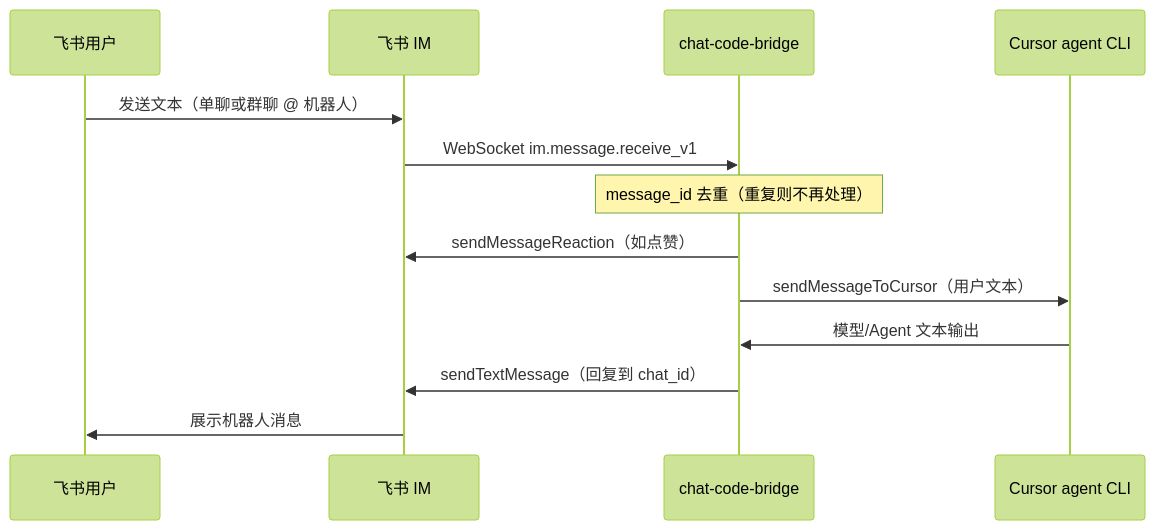
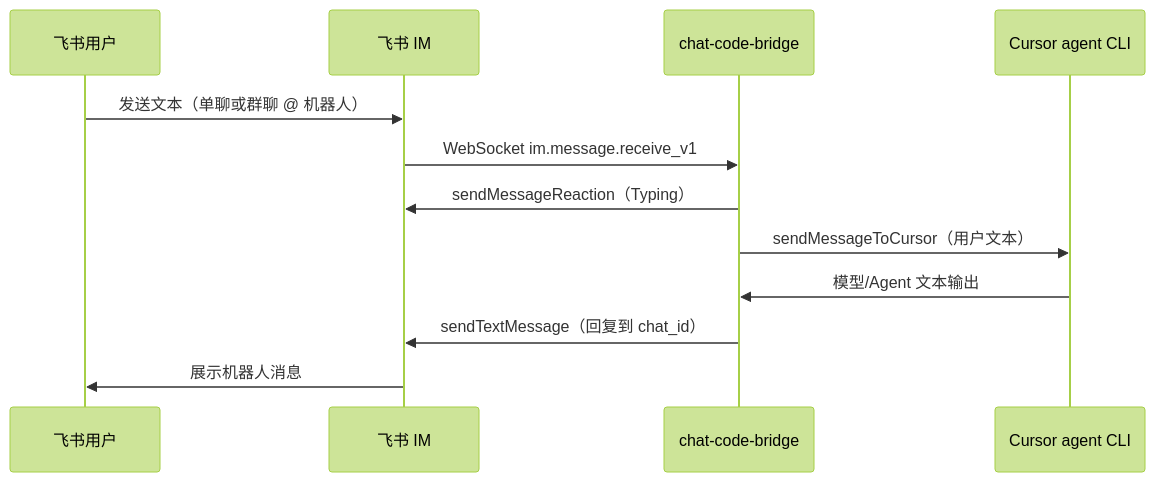
Before and after one commit to shangguanjunwei/chat2: the second of 2 diagrams in README.md, drawn with Mermaid (forest theme). The commit also changed other lines of this file and 2 other files, not shown here.

````diff
--- a/README.md
+++ b/README.md
@@ -123,16 +120,15 @@
 ```mermaid
 sequenceDiagram
   participant U as 飞书用户
   participant Lark as 飞书 IM
   participant App as chat-code-bridge
   participant Agent as Cursor agent CLI
 
   U->>Lark: 发送文本（单聊或群聊 @ 机器人）
   Lark->>App: WebSocket im.message.receive_v1
-  Note over App: message_id 去重（重复则不再处理）
-  App->>Lark: sendMessageReaction（如点赞）
+  App->>Lark: sendMessageReaction（Typing）
   App->>Agent: sendMessageToCursor（用户文本）
   Agent->>App: 模型/Agent 文本输出
   App->>Lark: sendTextMessage（回复到 chat_id）
   Lark->>U: 展示机器人消息
 ```
````
